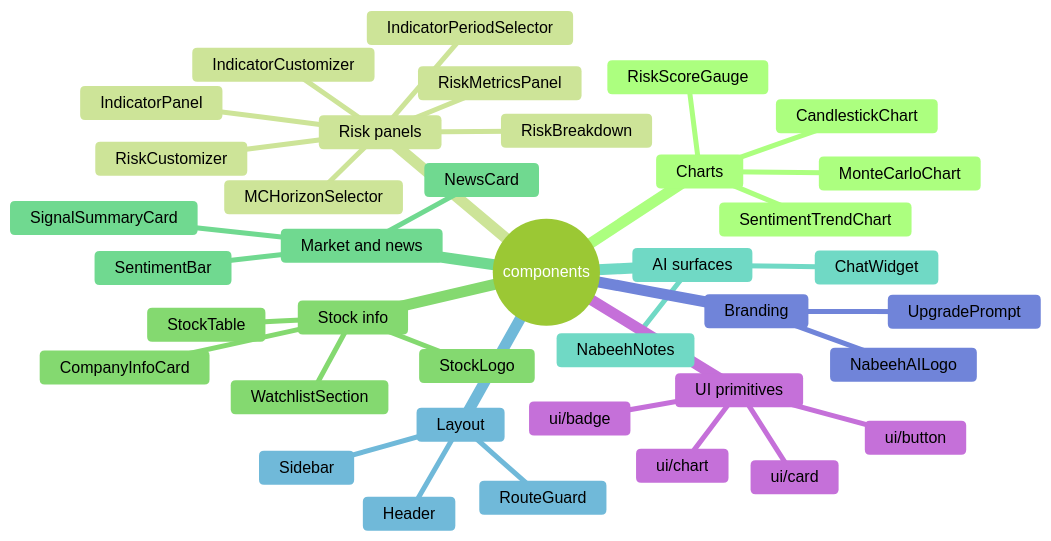
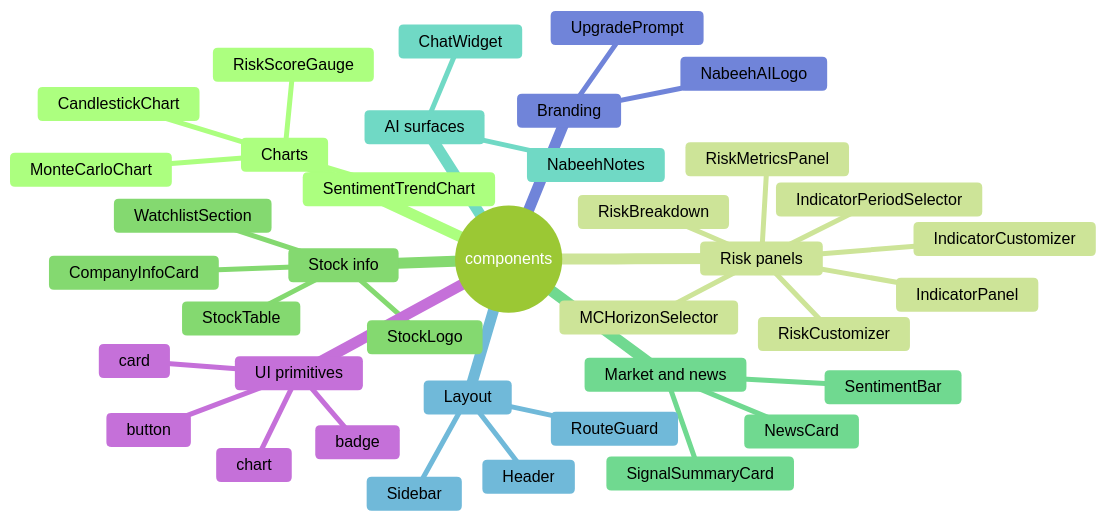
One commit to Tlvxg/Nabeeh changed the eighth of 11 diagrams in catalog.md. Above: the diagram before and after it, drawn with Mermaid (forest theme). The commit also changed other lines of this file, not shown here.

First line of the commit message:
Replace broken mindmap and add explanation blocks to every diagram

````diff
--- a/catalog.md
+++ b/catalog.md
@@ -192,41 +267,41 @@
 ```mermaid
 mindmap
   root((components))
     Charts
       CandlestickChart
       MonteCarloChart
       SentimentTrendChart
       RiskScoreGauge
     Risk panels
       RiskMetricsPanel
       RiskBreakdown
       RiskCustomizer
       IndicatorPanel
       IndicatorCustomizer
       IndicatorPeriodSelector
       MCHorizonSelector
     Stock info
       StockTable
       StockLogo
       CompanyInfoCard
       WatchlistSection
     Market and news
       SentimentBar
       SignalSummaryCard
       NewsCard
     AI surfaces
       NabeehNotes
       ChatWidget
     Layout
       Header
       Sidebar
       RouteGuard
     Branding
       NabeehAILogo
       UpgradePrompt
     UI primitives
-      ui/badge
-      ui/button
-      ui/card
-      ui/chart
+      badge
+      button
+      card
+      chart
 ```
````
